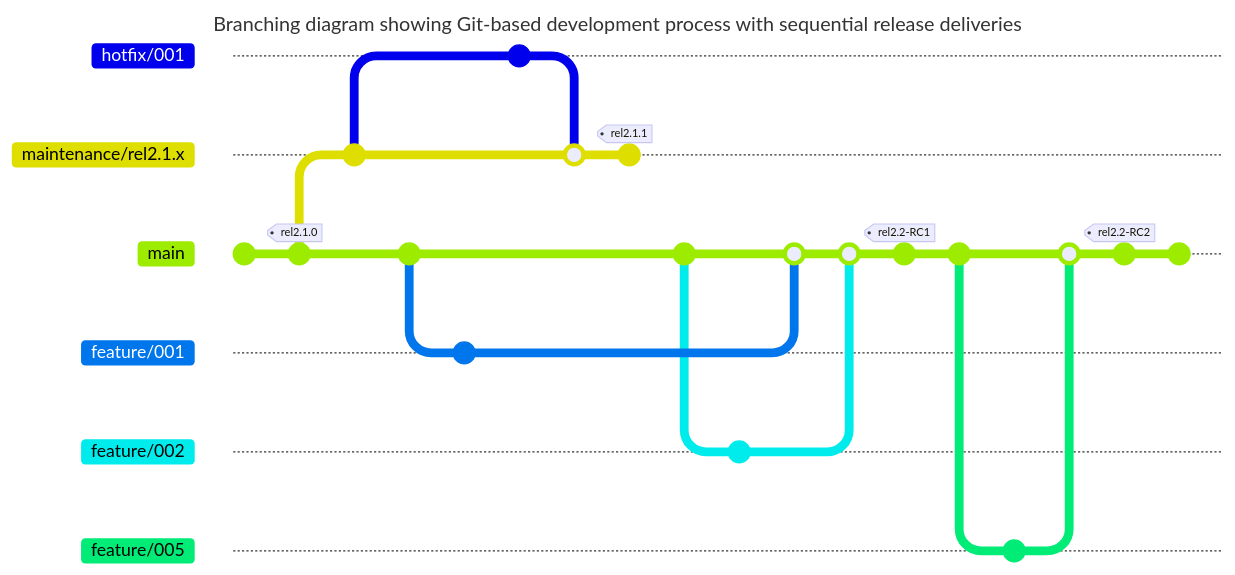
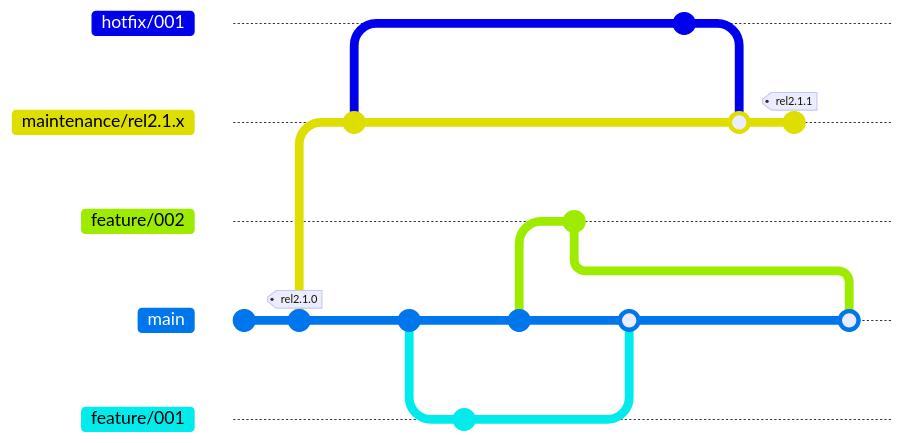
The seventh of 8 diagrams in p1.qmd (ijmitch/ukgse-2024-devops-git), drawn with Mermaid before and after one commit. The commit also changed other lines of this file and 16 other files, not shown here. Commit ids are hidden.

````diff
--- a/p1.qmd
+++ b/p1.qmd
@@ -128,40 +283,34 @@
 ```{mermaid}
 ---
-title: Branching diagram showing Git-based development process with sequential release deliveries
 config:
   fontFamily: "IBM Plex Sans"
   gitGraph:
-    mainBranchOrder: 3
+    mainBranchOrder: 2
     showCommitLabel: false
 ---
 gitGraph
   commit
   commit tag: "rel2.1.0"
   branch maintenance/rel2.1.x order: 1
   commit
   checkout main
   commit
-  branch feature/001 order: 4
+  branch feature/001 order: 2
   commit
+  checkout main
+  commit
+  branch feature/002 order: 1
+  commit
+  checkout main
+  merge feature/001
   checkout maintenance/rel2.1.x
   branch hotfix/001 order: 0
   commit
   checkout maintenance/rel2.1.x
   merge hotfix/001
   commit tag: "rel2.1.1"
   checkout main
-  commit
-  branch feature/002 order: 4
-  commit
-  checkout main
-  merge feature/001
   merge feature/002
-  commit tag: "rel2.2-RC1"
-  commit
-  branch feature/005 order: 5
-  commit
-  checkout main
-  merge feature/005
-  commit tag: "rel2.2-RC2"
-  commit
+
+
 ```
````
